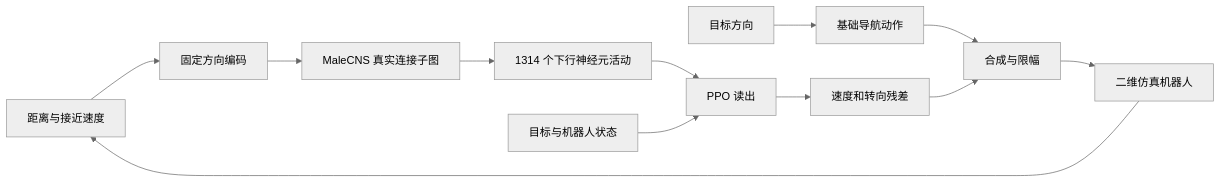
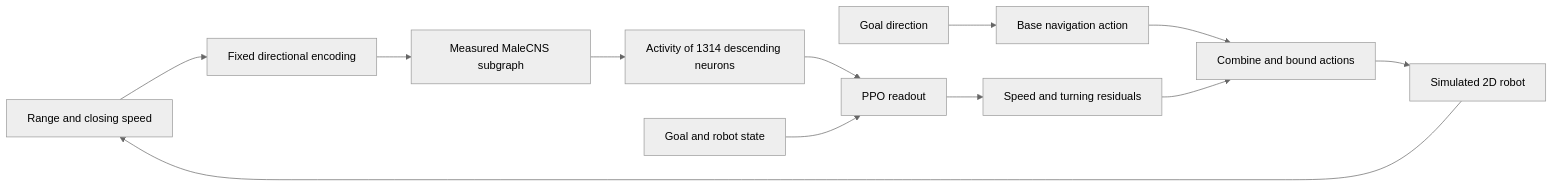
Before and after one commit to pgq18/ConnectomePilot: the diagram in README.md, drawn with Mermaid (neutral theme). The commit also changed other lines of this file and 1 other file, not shown here.

````diff
--- a/README.md
+++ b/README.md
@@ -74,14 +74,14 @@
 ```mermaid
 flowchart LR
-    R[距离与接近速度] --> E[固定方向编码]
-    E --> B[MaleCNS 真实连接子图]
-    B --> D[1314 个下行神经元活动]
-    D --> P[PPO 读出]
-    C[目标与机器人状态] --> P
-    G[目标方向] --> A[基础导航动作]
-    P --> X[速度和转向残差]
-    A --> S[合成与限幅]
+    R[Range and closing speed] --> E[Fixed directional encoding]
+    E --> B[Measured MaleCNS subgraph]
+    B --> D[Activity of 1314 descending neurons]
+    D --> P[PPO readout]
+    C[Goal and robot state] --> P
+    G[Goal direction] --> A[Base navigation action]
+    P --> X[Speed and turning residuals]
+    A --> S[Combine and bound actions]
     X --> S
-    S --> W[二维仿真机器人]
+    S --> W[Simulated 2D robot]
     W --> R
 ```
````
